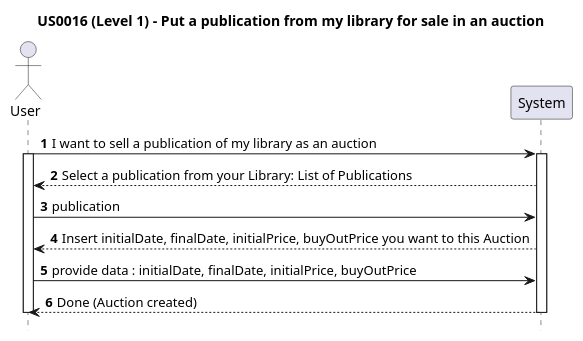
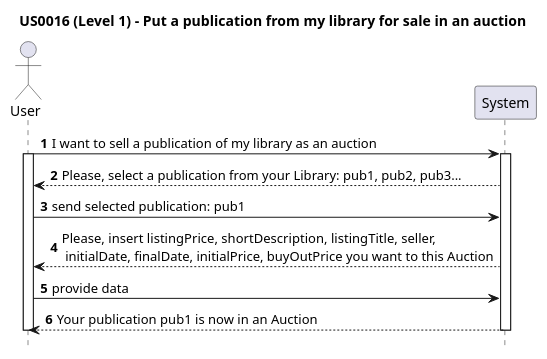
One commit to AndrePereiraGitH/SWitCH-Project-Team_A changed the diagram in Diagrams/SequenceDiagrams/N1/US016-to-put-for-sale-as-an-auction-publication-in-my-library.puml. Above: the diagram before and after it, drawn with PlantUML. The commit also changed 1 other file, not shown here.

```diff
--- a/Diagrams/SequenceDiagrams/N1/US016-to-put-for-sale-as-an-auction-publication-in-my-library.puml
+++ b/Diagrams/SequenceDiagrams/N1/US016-to-put-for-sale-as-an-auction-publication-in-my-library.puml
@@ -1,20 +1,20 @@
 @startuml
 autonumber
 hide footbox
 title US0016 (Level 1) - Put a publication from my library for sale in an auction
 
 actor User
 participant System
 
 User -> System : I want to sell a publication of my library as an auction
 activate User
 activate System
-System --> User : Select a publication from your Library: List of Publications
-User -> System : publication
-System --> User : Insert initialDate, finalDate, initialPrice, buyOutPrice you want to this Auction
-User -> System : provide data : initialDate, finalDate, initialPrice, buyOutPrice
+System --> User : Please, select a publication from your Library: pub1, pub2, pub3...
+User -> System : send selected publication: pub1
+System --> User : Please, insert listingPrice, shortDescription, listingTitle, seller,\n initialDate, finalDate, initialPrice, buyOutPrice you want to this Auction
+User -> System : provide data
 
-System --> User : Done (Auction created)
+System --> User : Your publication pub1 is now in an Auction
 deactivate System
 deactivate User
 @enduml
```
